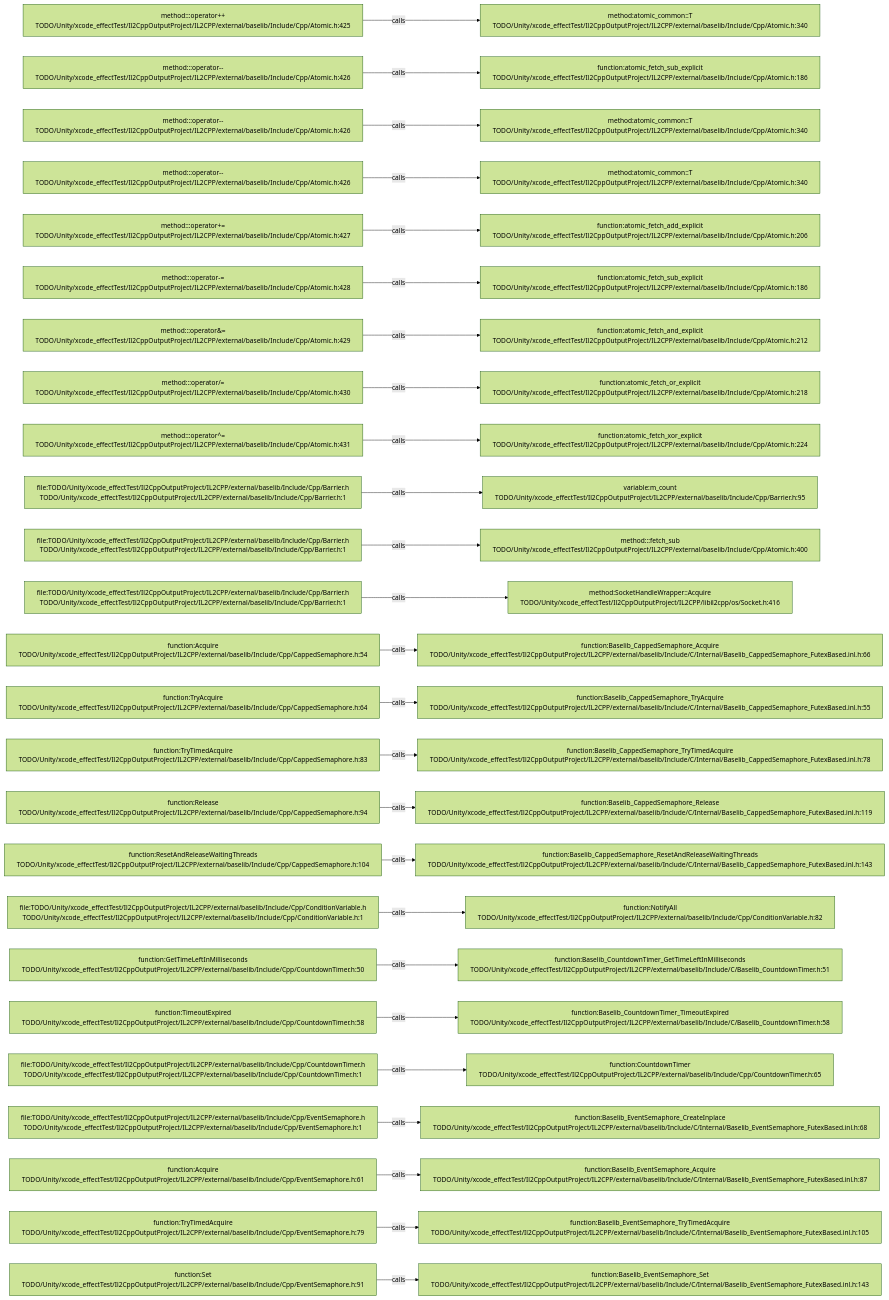
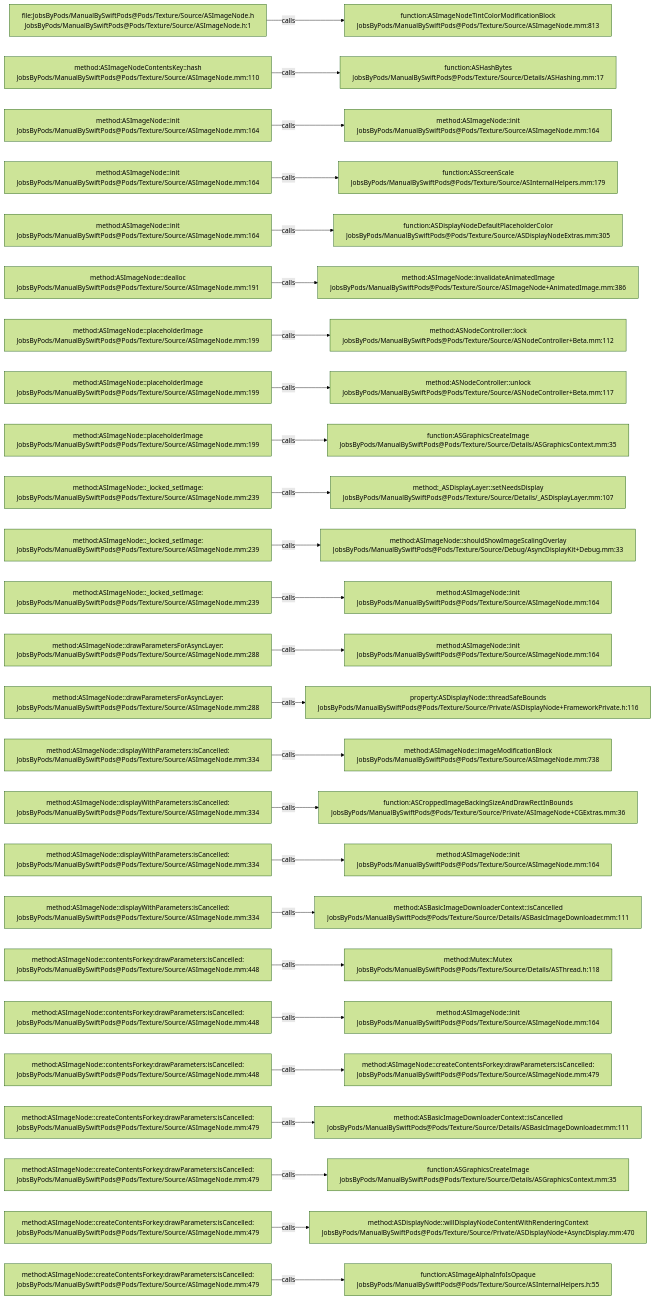
Before and after one commit to JobsKits/JobsSwiftBaseConfigDemo: the diagram in .codegraph/codegraph.md/graphs/calls-060.md, drawn with Mermaid (forest theme). The commit also changed 2959 other files, not shown here.

````diff
--- a/.codegraph/codegraph.md/graphs/calls-060.md
+++ b/.codegraph/codegraph.md/graphs/calls-060.md
@@ -13,78 +13,78 @@
 ```mermaid
 flowchart LR
-  S1["method:<anonymous>::operator++<br/>TODO/Unity/xcode_effectTest/Il2CppOutputProject/IL2CPP/external/baselib/Include/Cpp/Atomic.h:425"]
-  T1["method:atomic_common::T<br/>TODO/Unity/xcode_effectTest/Il2CppOutputProject/IL2CPP/external/baselib/Include/Cpp/Atomic.h:340"]
+  S1["file:JobsByPods/ManualBySwiftPods@Pods/Texture/Source/ASImageNode.h<br/>JobsByPods/ManualBySwiftPods@Pods/Texture/Source/ASImageNode.h:1"]
+  T1["function:ASImageNodeTintColorModificationBlock<br/>JobsByPods/ManualBySwiftPods@Pods/Texture/Source/ASImageNode.mm:813"]
   S1 -->|calls| T1
-  S2["method:<anonymous>::operator--<br/>TODO/Unity/xcode_effectTest/Il2CppOutputProject/IL2CPP/external/baselib/Include/Cpp/Atomic.h:426"]
-  T2["function:atomic_fetch_sub_explicit<br/>TODO/Unity/xcode_effectTest/Il2CppOutputProject/IL2CPP/external/baselib/Include/Cpp/Atomic.h:186"]
+  S2["method:ASImageNodeContentsKey::hash<br/>JobsByPods/ManualBySwiftPods@Pods/Texture/Source/ASImageNode.mm:110"]
+  T2["function:ASHashBytes<br/>JobsByPods/ManualBySwiftPods@Pods/Texture/Source/Details/ASHashing.mm:17"]
   S2 -->|calls| T2
-  S3["method:<anonymous>::operator--<br/>TODO/Unity/xcode_effectTest/Il2CppOutputProject/IL2CPP/external/baselib/Include/Cpp/Atomic.h:426"]
-  T3["method:atomic_common::T<br/>TODO/Unity/xcode_effectTest/Il2CppOutputProject/IL2CPP/external/baselib/Include/Cpp/Atomic.h:340"]
+  S3["method:ASImageNode::init<br/>JobsByPods/ManualBySwiftPods@Pods/Texture/Source/ASImageNode.mm:164"]
+  T3["method:ASImageNode::init<br/>JobsByPods/ManualBySwiftPods@Pods/Texture/Source/ASImageNode.mm:164"]
   S3 -->|calls| T3
-  S4["method:<anonymous>::operator--<br/>TODO/Unity/xcode_effectTest/Il2CppOutputProject/IL2CPP/external/baselib/Include/Cpp/Atomic.h:426"]
-  T4["method:atomic_common::T<br/>TODO/Unity/xcode_effectTest/Il2CppOutputProject/IL2CPP/external/baselib/Include/Cpp/Atomic.h:340"]
+  S4["method:ASImageNode::init<br/>JobsByPods/ManualBySwiftPods@Pods/Texture/Source/ASImageNode.mm:164"]
+  T4["function:ASScreenScale<br/>JobsByPods/ManualBySwiftPods@Pods/Texture/Source/ASInternalHelpers.mm:179"]
   S4 -->|calls| T4
-  S5["method:<anonymous>::operator+=<br/>TODO/Unity/xcode_effectTest/Il2CppOutputProject/IL2CPP/external/baselib/Include/Cpp/Atomic.h:427"]
-  T5["function:atomic_fetch_add_explicit<br/>TODO/Unity/xcode_effectTest/Il2CppOutputProject/IL2CPP/external/baselib/Include/Cpp/Atomic.h:206"]
+  S5["method:ASImageNode::init<br/>JobsByPods/ManualBySwiftPods@Pods/Texture/Source/ASImageNode.mm:164"]
+  T5["function:ASDisplayNodeDefaultPlaceholderColor<br/>JobsByPods/ManualBySwiftPods@Pods/Texture/Source/ASDisplayNodeExtras.mm:305"]
   S5 -->|calls| T5
-  S6["method:<anonymous>::operator-=<br/>TODO/Unity/xcode_effectTest/Il2CppOutputProject/IL2CPP/external/baselib/Include/Cpp/Atomic.h:428"]
-  T6["function:atomic_fetch_sub_explicit<br/>TODO/Unity/xcode_effectTest/Il2CppOutputProject/IL2CPP/external/baselib/Include/Cpp/Atomic.h:186"]
+  S6["method:ASImageNode::dealloc<br/>JobsByPods/ManualBySwiftPods@Pods/Texture/Source/ASImageNode.mm:191"]
+  T6["method:ASImageNode::invalidateAnimatedImage<br/>JobsByPods/ManualBySwiftPods@Pods/Texture/Source/ASImageNode+AnimatedImage.mm:386"]
   S6 -->|calls| T6
-  S7["method:<anonymous>::operator&=<br/>TODO/Unity/xcode_effectTest/Il2CppOutputProject/IL2CPP/external/baselib/Include/Cpp/Atomic.h:429"]
-  T7["function:atomic_fetch_and_explicit<br/>TODO/Unity/xcode_effectTest/Il2CppOutputProject/IL2CPP/external/baselib/Include/Cpp/Atomic.h:212"]
+  S7["method:ASImageNode::placeholderImage<br/>JobsByPods/ManualBySwiftPods@Pods/Texture/Source/ASImageNode.mm:199"]
+  T7["method:ASNodeController::lock<br/>JobsByPods/ManualBySwiftPods@Pods/Texture/Source/ASNodeController+Beta.mm:112"]
   S7 -->|calls| T7
-  S8["method:<anonymous>::operator/=<br/>TODO/Unity/xcode_effectTest/Il2CppOutputProject/IL2CPP/external/baselib/Include/Cpp/Atomic.h:430"]
-  T8["function:atomic_fetch_or_explicit<br/>TODO/Unity/xcode_effectTest/Il2CppOutputProject/IL2CPP/external/baselib/Include/Cpp/Atomic.h:218"]
+  S8["method:ASImageNode::placeholderImage<br/>JobsByPods/ManualBySwiftPods@Pods/Texture/Source/ASImageNode.mm:199"]
+  T8["method:ASNodeController::unlock<br/>JobsByPods/ManualBySwiftPods@Pods/Texture/Source/ASNodeController+Beta.mm:117"]
   S8 -->|calls| T8
-  S9["method:<anonymous>::operator^=<br/>TODO/Unity/xcode_effectTest/Il2CppOutputProject/IL2CPP/external/baselib/Include/Cpp/Atomic.h:431"]
-  T9["function:atomic_fetch_xor_explicit<br/>TODO/Unity/xcode_effectTest/Il2CppOutputProject/IL2CPP/external/baselib/Include/Cpp/Atomic.h:224"]
+  S9["method:ASImageNode::placeholderImage<br/>JobsByPods/ManualBySwiftPods@Pods/Texture/Source/ASImageNode.mm:199"]
+  T9["function:ASGraphicsCreateImage<br/>JobsByPods/ManualBySwiftPods@Pods/Texture/Source/Details/ASGraphicsContext.mm:35"]
   S9 -->|calls| T9
-  S10["file:TODO/Unity/xcode_effectTest/Il2CppOutputProject/IL2CPP/external/baselib/Include/Cpp/Barrier.h<br/>TODO/Unity/xcode_effectTest/Il2CppOutputProject/IL2CPP/external/baselib/Include/Cpp/Barrier.h:1"]
-  T10["variable:m_count<br/>TODO/Unity/xcode_effectTest/Il2CppOutputProject/IL2CPP/external/baselib/Include/Cpp/Barrier.h:95"]
+  S10["method:ASImageNode::_locked_setImage:<br/>JobsByPods/ManualBySwiftPods@Pods/Texture/Source/ASImageNode.mm:239"]
+  T10["method:_ASDisplayLayer::setNeedsDisplay<br/>JobsByPods/ManualBySwiftPods@Pods/Texture/Source/Details/_ASDisplayLayer.mm:107"]
   S10 -->|calls| T10
-  S11["file:TODO/Unity/xcode_effectTest/Il2CppOutputProject/IL2CPP/external/baselib/Include/Cpp/Barrier.h<br/>TODO/Unity/xcode_effectTest/Il2CppOutputProject/IL2CPP/external/baselib/Include/Cpp/Barrier.h:1"]
-  T11["method:<anonymous>::fetch_sub<br/>TODO/Unity/xcode_effectTest/Il2CppOutputProject/IL2CPP/external/baselib/Include/Cpp/Atomic.h:400"]
+  S11["method:ASImageNode::_locked_setImage:<br/>JobsByPods/ManualBySwiftPods@Pods/Texture/Source/ASImageNode.mm:239"]
+  T11["method:ASImageNode::shouldShowImageScalingOverlay<br/>JobsByPods/ManualBySwiftPods@Pods/Texture/Source/Debug/AsyncDisplayKit+Debug.mm:33"]
   S11 -->|calls| T11
-  S12["file:TODO/Unity/xcode_effectTest/Il2CppOutputProject/IL2CPP/external/baselib/Include/Cpp/Barrier.h<br/>TODO/Unity/xcode_effectTest/Il2CppOutputProject/IL2CPP/external/baselib/Include/Cpp/Barrier.h:1"]
-  T12["method:SocketHandleWrapper::Acquire<br/>TODO/Unity/xcode_effectTest/Il2CppOutputProject/IL2CPP/libil2cpp/os/Socket.h:416"]
+  S12["method:ASImageNode::_locked_setImage:<br/>JobsByPods/ManualBySwiftPods@Pods/Texture/Source/ASImageNode.mm:239"]
+  T12["method:ASImageNode::init<br/>JobsByPods/ManualBySwiftPods@Pods/Texture/Source/ASImageNode.mm:164"]
   S12 -->|calls| T12
-  S13["function:Acquire<br/>TODO/Unity/xcode_effectTest/Il2CppOutputProject/IL2CPP/external/baselib/Include/Cpp/CappedSemaphore.h:54"]
-  T13["function:Baselib_CappedSemaphore_Acquire<br/>TODO/Unity/xcode_effectTest/Il2CppOutputProject/IL2CPP/external/baselib/Include/C/Internal/Baselib_CappedSemaphore_FutexBased.inl.h:66"]
+  S13["method:ASImageNode::drawParametersForAsyncLayer:<br/>JobsByPods/ManualBySwiftPods@Pods/Texture/Source/ASImageNode.mm:288"]
+  T13["method:ASImageNode::init<br/>JobsByPods/ManualBySwiftPods@Pods/Texture/Source/ASImageNode.mm:164"]
   S13 -->|calls| T13
-  S14["function:TryAcquire<br/>TODO/Unity/xcode_effectTest/Il2CppOutputProject/IL2CPP/external/baselib/Include/Cpp/CappedSemaphore.h:64"]
-  T14["function:Baselib_CappedSemaphore_TryAcquire<br/>TODO/Unity/xcode_effectTest/Il2CppOutputProject/IL2CPP/external/baselib/Include/C/Internal/Baselib_CappedSemaphore_FutexBased.inl.h:55"]
+  S14["method:ASImageNode::drawParametersForAsyncLayer:<br/>JobsByPods/ManualBySwiftPods@Pods/Texture/Source/ASImageNode.mm:288"]
+  T14["property:ASDisplayNode::threadSafeBounds<br/>JobsByPods/ManualBySwiftPods@Pods/Texture/Source/Private/ASDisplayNode+FrameworkPrivate.h:116"]
   S14 -->|calls| T14
-  S15["function:TryTimedAcquire<br/>TODO/Unity/xcode_effectTest/Il2CppOutputProject/IL2CPP/external/baselib/Include/Cpp/CappedSemaphore.h:83"]
-  T15["function:Baselib_CappedSemaphore_TryTimedAcquire<br/>TODO/Unity/xcode_effectTest/Il2CppOutputProject/IL2CPP/external/baselib/Include/C/Internal/Baselib_CappedSemaphore_FutexBased.inl.h:78"]
+  S15["method:ASImageNode::displayWithParameters:isCancelled:<br/>JobsByPods/ManualBySwiftPods@Pods/Texture/Source/ASImageNode.mm:334"]
+  T15["method:ASImageNode::imageModificationBlock<br/>JobsByPods/ManualBySwiftPods@Pods/Texture/Source/ASImageNode.mm:738"]
   S15 -->|calls| T15
-  S16["function:Release<br/>TODO/Unity/xcode_effectTest/Il2CppOutputProject/IL2CPP/external/baselib/Include/Cpp/CappedSemaphore.h:94"]
-  T16["function:Baselib_CappedSemaphore_Release<br/>TODO/Unity/xcode_effectTest/Il2CppOutputProject/IL2CPP/external/baselib/Include/C/Internal/Baselib_CappedSemaphore_FutexBased.inl.h:119"]
+  S16["method:ASImageNode::displayWithParameters:isCancelled:<br/>JobsByPods/ManualBySwiftPods@Pods/Texture/Source/ASImageNode.mm:334"]
+  T16["function:ASCroppedImageBackingSizeAndDrawRectInBounds<br/>JobsByPods/ManualBySwiftPods@Pods/Texture/Source/Private/ASImageNode+CGExtras.mm:36"]
   S16 -->|calls| T16
-  S17["function:ResetAndReleaseWaitingThreads<br/>TODO/Unity/xcode_effectTest/Il2CppOutputProject/IL2CPP/external/baselib/Include/Cpp/CappedSemaphore.h:104"]
-  T17["function:Baselib_CappedSemaphore_ResetAndReleaseWaitingThreads<br/>TODO/Unity/xcode_effectTest/Il2CppOutputProject/IL2CPP/external/baselib/Include/C/Internal/Baselib_CappedSemaphore_FutexBased.inl.h:143"]
+  S17["method:ASImageNode::displayWithParameters:isCancelled:<br/>JobsByPods/ManualBySwiftPods@Pods/Texture/Source/ASImageNode.mm:334"]
+  T17["method:ASImageNode::init<br/>JobsByPods/ManualBySwiftPods@Pods/Texture/Source/ASImageNode.mm:164"]
   S17 -->|calls| T17
-  S18["file:TODO/Unity/xcode_effectTest/Il2CppOutputProject/IL2CPP/external/baselib/Include/Cpp/ConditionVariable.h<br/>TODO/Unity/xcode_effectTest/Il2CppOutputProject/IL2CPP/external/baselib/Include/Cpp/ConditionVariable.h:1"]
-  T18["function:NotifyAll<br/>TODO/Unity/xcode_effectTest/Il2CppOutputProject/IL2CPP/external/baselib/Include/Cpp/ConditionVariable.h:82"]
+  S18["method:ASImageNode::displayWithParameters:isCancelled:<br/>JobsByPods/ManualBySwiftPods@Pods/Texture/Source/ASImageNode.mm:334"]
+  T18["method:ASBasicImageDownloaderContext::isCancelled<br/>JobsByPods/ManualBySwiftPods@Pods/Texture/Source/Details/ASBasicImageDownloader.mm:111"]
   S18 -->|calls| T18
-  S19["function:GetTimeLeftInMilliseconds<br/>TODO/Unity/xcode_effectTest/Il2CppOutputProject/IL2CPP/external/baselib/Include/Cpp/CountdownTimer.h:50"]
-  T19["function:Baselib_CountdownTimer_GetTimeLeftInMilliseconds<br/>TODO/Unity/xcode_effectTest/Il2CppOutputProject/IL2CPP/external/baselib/Include/C/Baselib_CountdownTimer.h:51"]
+  S19["method:ASImageNode::contentsForkey:drawParameters:isCancelled:<br/>JobsByPods/ManualBySwiftPods@Pods/Texture/Source/ASImageNode.mm:448"]
+  T19["method:Mutex::Mutex<br/>JobsByPods/ManualBySwiftPods@Pods/Texture/Source/Details/ASThread.h:118"]
   S19 -->|calls| T19
-  S20["function:TimeoutExpired<br/>TODO/Unity/xcode_effectTest/Il2CppOutputProject/IL2CPP/external/baselib/Include/Cpp/CountdownTimer.h:58"]
-  T20["function:Baselib_CountdownTimer_TimeoutExpired<br/>TODO/Unity/xcode_effectTest/Il2CppOutputProject/IL2CPP/external/baselib/Include/C/Baselib_CountdownTimer.h:58"]
+  S20["method:ASImageNode::contentsForkey:drawParameters:isCancelled:<br/>JobsByPods/ManualBySwiftPods@Pods/Texture/Source/ASImageNode.mm:448"]
+  T20["method:ASImageNode::init<br/>JobsByPods/ManualBySwiftPods@Pods/Texture/Source/ASImageNode.mm:164"]
   S20 -->|calls| T20
-  S21["file:TODO/Unity/xcode_effectTest/Il2CppOutputProject/IL2CPP/external/baselib/Include/Cpp/CountdownTimer.h<br/>TODO/Unity/xcode_effectTest/Il2CppOutputProject/IL2CPP/external/baselib/Include/Cpp/CountdownTimer.h:1"]
-  T21["function:CountdownTimer<br/>TODO/Unity/xcode_effectTest/Il2CppOutputProject/IL2CPP/external/baselib/Include/Cpp/CountdownTimer.h:65"]
+  S21["method:ASImageNode::contentsForkey:drawParameters:isCancelled:<br/>JobsByPods/ManualBySwiftPods@Pods/Texture/Source/ASImageNode.mm:448"]
+  T21["method:ASImageNode::createContentsForkey:drawParameters:isCancelled:<br/>JobsByPods/ManualBySwiftPods@Pods/Texture/Source/ASImageNode.mm:479"]
   S21 -->|calls| T21
-  S22["file:TODO/Unity/xcode_effectTest/Il2CppOutputProject/IL2CPP/external/baselib/Include/Cpp/EventSemaphore.h<br/>TODO/Unity/xcode_effectTest/Il2CppOutputProject/IL2CPP/external/baselib/Include/Cpp/EventSemaphore.h:1"]
-  T22["function:Baselib_EventSemaphore_CreateInplace<br/>TODO/Unity/xcode_effectTest/Il2CppOutputProject/IL2CPP/external/baselib/Include/C/Internal/Baselib_EventSemaphore_FutexBased.inl.h:68"]
+  S22["method:ASImageNode::createContentsForkey:drawParameters:isCancelled:<br/>JobsByPods/ManualBySwiftPods@Pods/Texture/Source/ASImageNode.mm:479"]
+  T22["method:ASBasicImageDownloaderContext::isCancelled<br/>JobsByPods/ManualBySwiftPods@Pods/Texture/Source/Details/ASBasicImageDownloader.mm:111"]
   S22 -->|calls| T22
-  S23["function:Acquire<br/>TODO/Unity/xcode_effectTest/Il2CppOutputProject/IL2CPP/external/baselib/Include/Cpp/EventSemaphore.h:61"]
-  T23["function:Baselib_EventSemaphore_Acquire<br/>TODO/Unity/xcode_effectTest/Il2CppOutputProject/IL2CPP/external/baselib/Include/C/Internal/Baselib_EventSemaphore_FutexBased.inl.h:87"]
+  S23["method:ASImageNode::createContentsForkey:drawParameters:isCancelled:<br/>JobsByPods/ManualBySwiftPods@Pods/Texture/Source/ASImageNode.mm:479"]
+  T23["function:ASGraphicsCreateImage<br/>JobsByPods/ManualBySwiftPods@Pods/Texture/Source/Details/ASGraphicsContext.mm:35"]
   S23 -->|calls| T23
-  S24["function:TryTimedAcquire<br/>TODO/Unity/xcode_effectTest/Il2CppOutputProject/IL2CPP/external/baselib/Include/Cpp/EventSemaphore.h:79"]
-  T24["function:Baselib_EventSemaphore_TryTimedAcquire<br/>TODO/Unity/xcode_effectTest/Il2CppOutputProject/IL2CPP/external/baselib/Include/C/Internal/Baselib_EventSemaphore_FutexBased.inl.h:105"]
+  S24["method:ASImageNode::createContentsForkey:drawParameters:isCancelled:<br/>JobsByPods/ManualBySwiftPods@Pods/Texture/Source/ASImageNode.mm:479"]
+  T24["method:ASDisplayNode::willDisplayNodeContentWithRenderingContext<br/>JobsByPods/ManualBySwiftPods@Pods/Texture/Source/Private/ASDisplayNode+AsyncDisplay.mm:470"]
   S24 -->|calls| T24
-  S25["function:Set<br/>TODO/Unity/xcode_effectTest/Il2CppOutputProject/IL2CPP/external/baselib/Include/Cpp/EventSemaphore.h:91"]
-  T25["function:Baselib_EventSemaphore_Set<br/>TODO/Unity/xcode_effectTest/Il2CppOutputProject/IL2CPP/external/baselib/Include/C/Internal/Baselib_EventSemaphore_FutexBased.inl.h:143"]
+  S25["method:ASImageNode::createContentsForkey:drawParameters:isCancelled:<br/>JobsByPods/ManualBySwiftPods@Pods/Texture/Source/ASImageNode.mm:479"]
+  T25["function:ASImageAlphaInfoIsOpaque<br/>JobsByPods/ManualBySwiftPods@Pods/Texture/Source/ASInternalHelpers.h:55"]
   S25 -->|calls| T25
 ```
````
